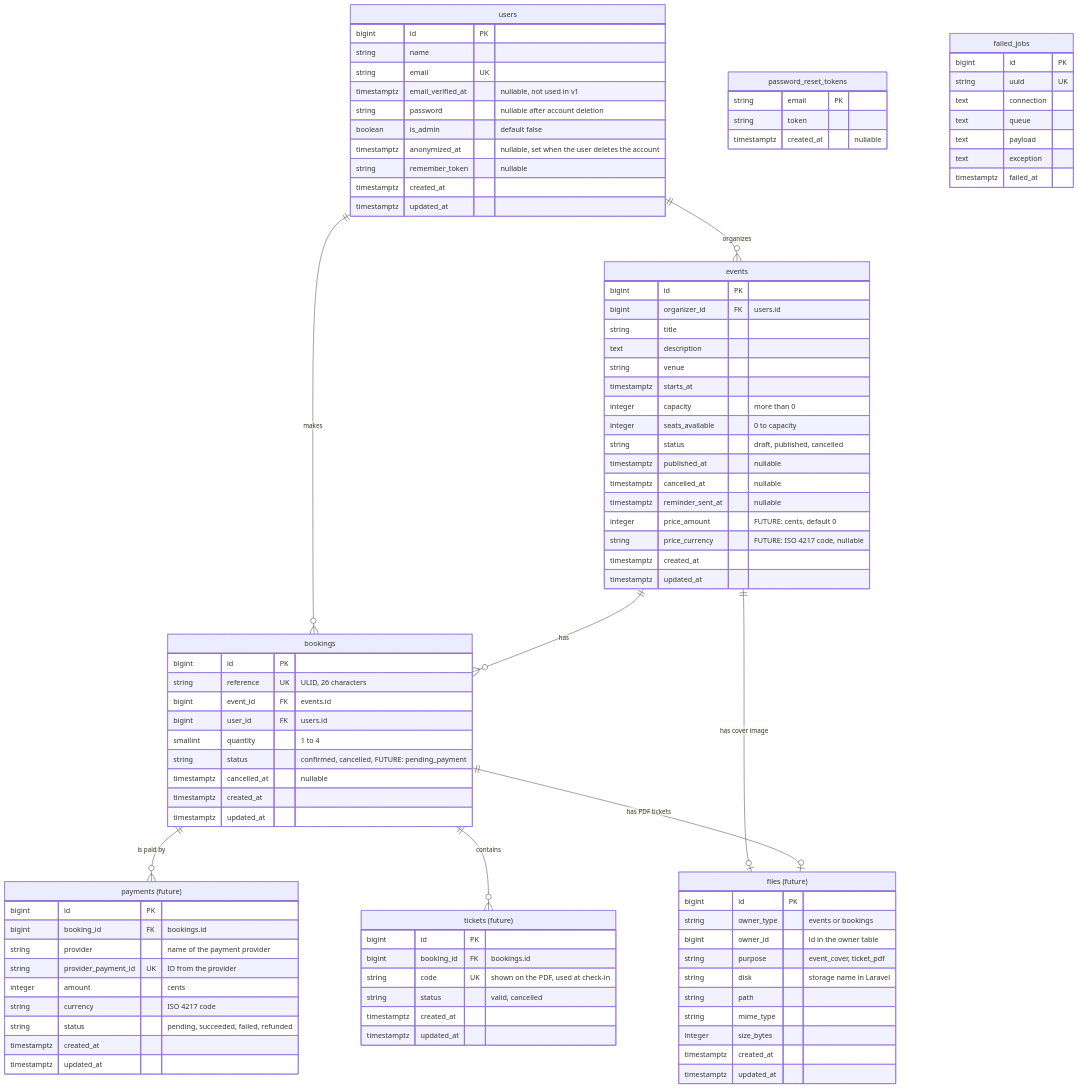
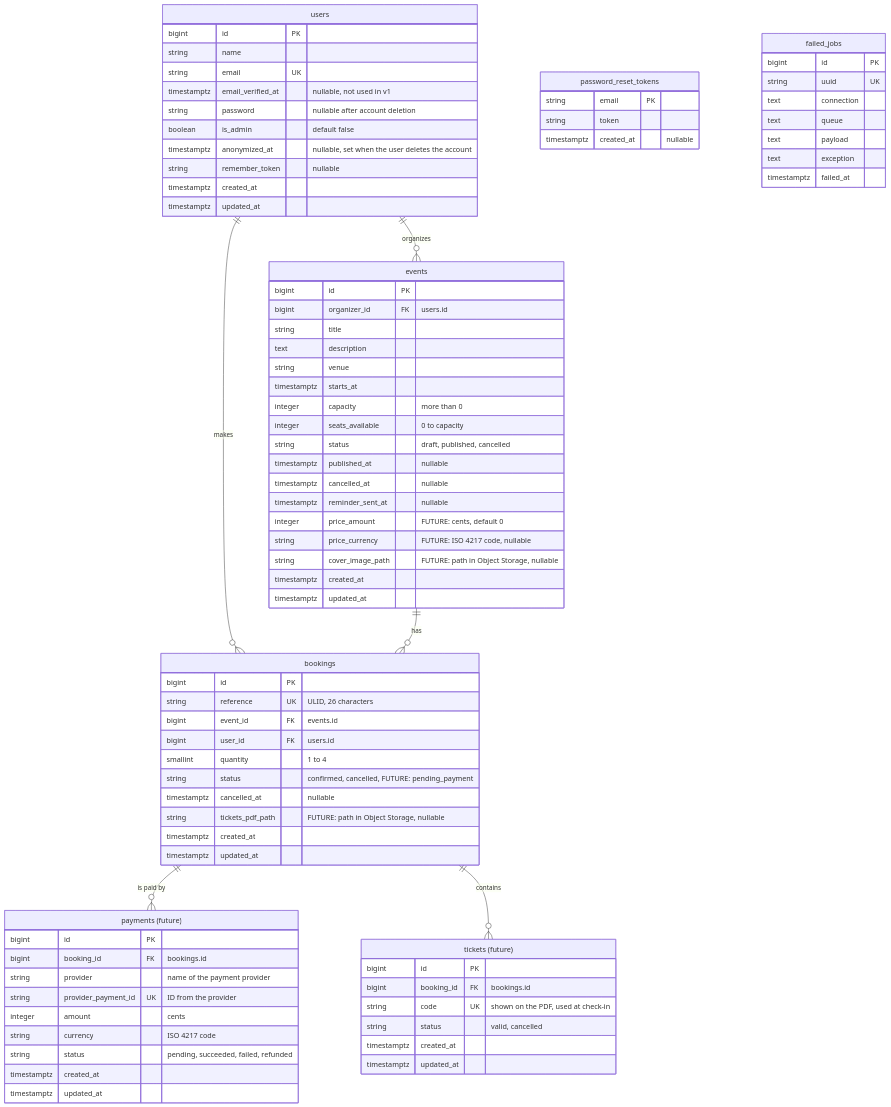
The diagram in docs/design/erd.md (Leonelmarianog/event-booking-system), drawn with Mermaid before and after one commit. The commit also changed other lines of this file and 1 other file, not shown here.

Commit message:
docs: replace files table with path columns

```diff
--- a/docs/design/erd.md
+++ b/docs/design/erd.md
@@ -13,8 +13,6 @@
     events ||--o{ bookings : "has"
     bookings ||--o{ payments : "is paid by"
     bookings ||--o{ tickets : "contains"
-    events ||--o| files : "has cover image"
-    bookings ||--o| files : "has PDF tickets"
 
     users {
         bigint id PK
@@ -44,6 +42,7 @@
         timestamptz reminder_sent_at "nullable"
         integer price_amount "FUTURE: cents, default 0"
         string price_currency "FUTURE: ISO 4217 code, nullable"
+        string cover_image_path "FUTURE: path in Object Storage, nullable"
         timestamptz created_at
         timestamptz updated_at
     }
@@ -56,6 +55,7 @@
         smallint quantity "1 to 4"
         string status "confirmed, cancelled, FUTURE: pending_payment"
         timestamptz cancelled_at "nullable"
+        string tickets_pdf_path "FUTURE: path in Object Storage, nullable"
         timestamptz created_at
         timestamptz updated_at
     }
@@ -81,19 +81,6 @@
         timestamptz updated_at
     }
 
-    files["files (future)"] {
-        bigint id PK
-        string owner_type "events or bookings"
-        bigint owner_id "id in the owner table"
-        string purpose "event_cover, ticket_pdf"
-        string disk "storage name in Laravel"
-        string path
-        string mime_type
-        integer size_bytes
-        timestamptz created_at
-        timestamptz updated_at
-    }
-
     password_reset_tokens {
         string email PK
         string token
```
